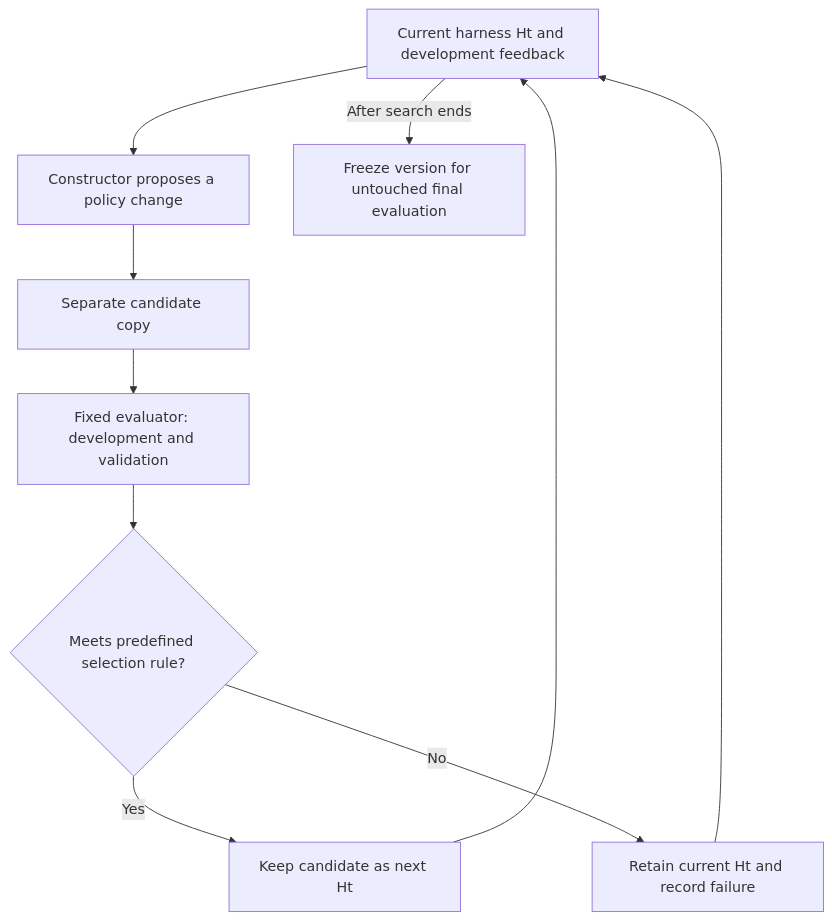
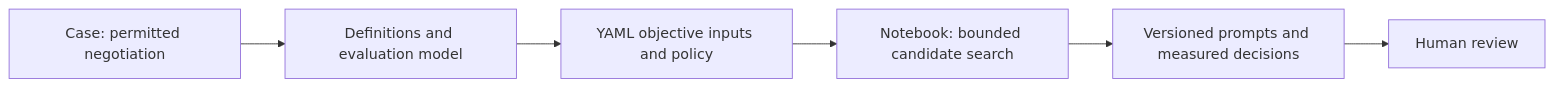
The diagram in research/proposals/case-0003-debt-negotiation/README.md (jairzinhosantos/thinking-harness), drawn with Mermaid before and after one commit. The commit also changed other lines of this file and 19 other files, not shown here.

Commit message:
feat: prepare bilingual YAML prompt-search notebooks

````diff
--- a/research/proposals/case-0003-debt-negotiation/README.md
+++ b/research/proposals/case-0003-debt-negotiation/README.md
@@ -121,12 +42,8 @@
 ```mermaid
-flowchart TD
-    H[Current harness Ht and development feedback] --> B[Constructor proposes a policy change]
-    B --> C[Separate candidate copy]
-    C --> E[Fixed evaluator: development and validation]
-    E --> G{Meets predefined selection rule?}
-    G -->|Yes| N[Keep candidate as next Ht]
-    G -->|No| K[Retain current Ht and record failure]
-    N --> H
-    K --> H
-    H -->|After search ends| F[Freeze version for untouched final evaluation]
+flowchart LR
+    A[Case: permitted negotiation] --> B[Definitions and evaluation model]
+    B --> C[YAML objective inputs and policy]
+    C --> D[Notebook: bounded candidate search]
+    D --> E[Versioned prompts and measured decisions]
+    E --> F[Human review]
 ```
````
